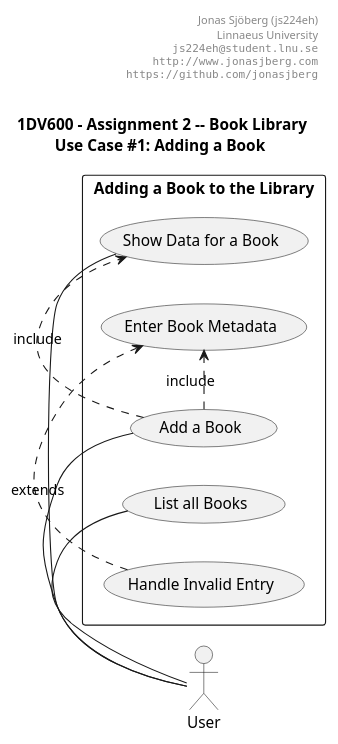
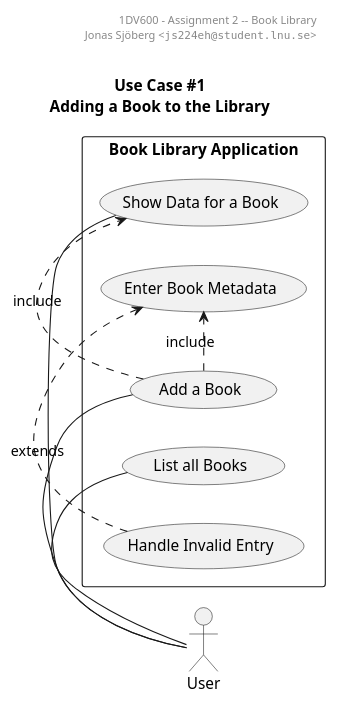
The diagram in doc/uml-use-case-1.puml (jonasjberg/1dv600_lab), drawn with PlantUML before and after one commit. The commit also changed other lines of this file and 1 other file, not shown here.

Commit message:
Fix UML use case #1. Export .eps.

```diff
--- a/doc/uml-use-case-1.puml
+++ b/doc/uml-use-case-1.puml
@@ -7,94 +11,91 @@
 @startuml
 ' ______________________________________________________________________________
 ' ____ CONFIGURATION OPTIONS ___________________________________________________
 ' debug flag creates a 'svek.dot' and 'svek.svg' file in ~/
 ' !pragma svek_trace on
 
 skinparam {
     monochrome true
     backgroundColor transparent
     classBackgroundColor transparent
     'style strictuml
 }
 
 ' ______________________________________________________________________________
 ' ____ USECASE DIAGRAM _________________________________________________________
 
 header
-Jonas Sjöberg (js224eh)
-Linnaeus University
-""js224eh@student.lnu.se""
-""http://www.jonasjberg.com""
-""https://github.com/jonasjberg""
+1DV600 - Assignment 2 -- Book Library
+Jonas Sjöberg <""js224eh@student.lnu.se"">
 end header
 
-title \n 1DV600 - Assignment 2 -- Book Library\n<b>Use Case #1: Adding a Book</b>
+title \nUse Case #1\nAdding a Book to the Library
 
 :User: as User
 
-rectangle "Adding a Book to the Library" {
+rectangle "Book Library Application" {
     (Handle Invalid Entry)          as (HandleInvalidEntry)
     (Add a Book)                    as (AddBook)
     (Enter Book Metadata)           as (EnterMetadata)
     (List all Books)                as (ListBooks)
     (Show Data for a Book)          as (ShowBookData)
 
     left to right direction
     User - AddBook
     User - ShowBookData
     User - ListBooks
 
 
     (AddBook) .> (EnterMetadata) : include
     (AddBook) .> (ShowBookData) : include
     (HandleInvalidEntry) .> (EnterMetadata) : extends
     ' (EnterMetadata) .> (ShowBookData) : include
 }
 
 /'
 note right of AddBook
 * * The application shall provide functionality
    for the user to add a book to the collection
    of books.
 * * The application shall use the data provided
    by the user to create a book object that is
    stored in the application database.
 end note
 '/
 
 /'
 note right of ModifyBook
 * The application shall provide means for the
 user to modify a previously entered book, this
 means modifying the metadata fields stored for
 this particular book.
 end note
 '/
 
 /'
 note right of RemoveBook
 * * The application shall provide functionality
    for the user to remove a book.
 * * The application shall remove the corresponding
    book entry from the application database.
 end note
 '/
 
 /'
 note right of ListBooks
 * The application shall provide a means of
 visually displaying all stored books along
 with their corresponding metadata in a table.
 end note
 '/
 
 /'
 note right of ShowBookData
 * * The application shall provide functionality
    for the user to view all metadata stored for
    a certain book.
 * * This view is used for "Modify existing Book".
 end note
 '/
 
 @enduml
```
